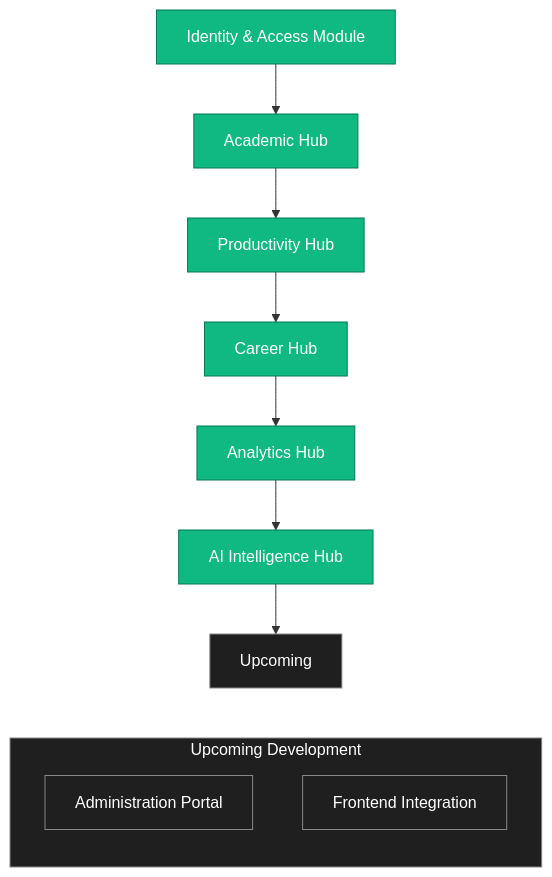
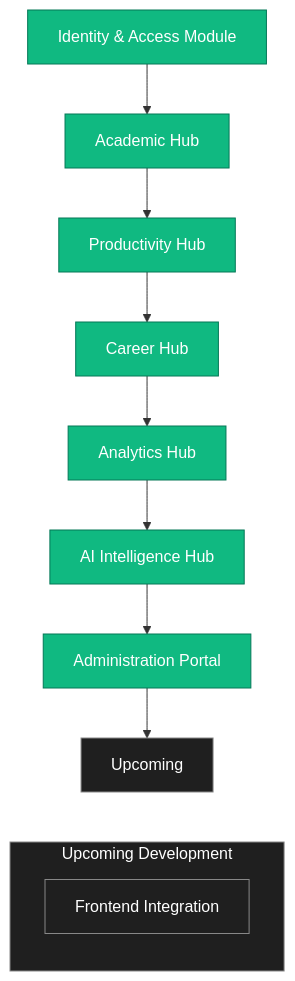
One commit to sufiyanshaikh06/integrum changed diagram 11 of 11 in PROJECT_PROGRESS.md. Above: the diagram before and after it, drawn with Mermaid. The commit also changed other lines of this file and 44 other files, not shown here.

````diff
--- a/PROJECT_PROGRESS.md
+++ b/PROJECT_PROGRESS.md
@@ -350,32 +368,29 @@
 ```mermaid
 flowchart TD
     A[Identity & Access Module] --> B[Academic Hub]
     B --> C[Productivity Hub]
     C --> D[Career Hub]
     D --> E[Analytics Hub]
     E --> F[AI Intelligence Hub]
-    F --> I[Upcoming]
+    F --> G[Administration Portal]
+    G --> I[Upcoming]
 
     subgraph UpcomingDevelopment["Upcoming Development"]
         direction TD
-        G[Administration Portal]
         H[Frontend Integration]
     end
 
-    %% Force Upcoming Development below the completed flow
-    I ~~~ G
+    I ~~~ H
 
     style A fill:#10b981,stroke:#047857,color:#fff
     style B fill:#10b981,stroke:#047857,color:#fff
     style C fill:#10b981,stroke:#047857,color:#fff
     style D fill:#10b981,stroke:#047857,color:#fff
     style E fill:#10b981,stroke:#047857,color:#fff
     style F fill:#10b981,stroke:#047857,color:#fff
+    style G fill:#10b981,stroke:#047857,color:#fff
 
     style I fill:#1f1f1f,stroke:#888,color:#fff
-
-    style G fill:#1f1f1f,stroke:#888,color:#fff
     style H fill:#1f1f1f,stroke:#888,color:#fff
-
     style UpcomingDevelopment fill:#1f1f1f,stroke:#888,color:#fff
 ```
````
